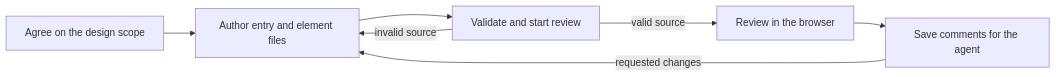
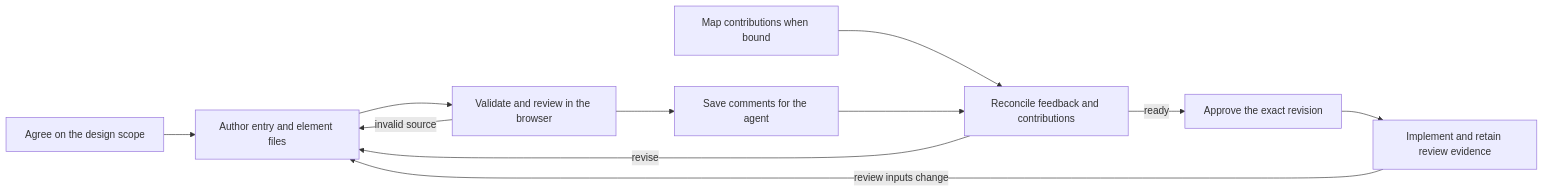
The diagram in skills/design-doc/SKILL.md (ac8318740/acstack), drawn with Mermaid before and after one commit. The commit also changed other lines of this file and 101 other files, not shown here.

````diff
--- a/skills/design-doc/SKILL.md
+++ b/skills/design-doc/SKILL.md
@@ -10,9 +11,13 @@
 ```mermaid
 flowchart LR
     A[Agree on the design scope] --> B[Author entry and element files]
-    B --> C[Validate and start review]
+    B --> C[Validate and review in the browser]
     C -->|invalid source| B
-    C -->|valid source| D[Review in the browser]
-    D --> E[Save comments for the agent]
-    E -->|requested changes| B
+    C --> D[Save comments for the agent]
+    M[Map contributions when bound] --> E[Reconcile feedback and contributions]
+    D --> E
+    E -->|revise| B
+    E -->|ready| F[Approve the exact revision]
+    F --> G[Implement and retain review evidence]
+    G -->|review inputs change| B
 ```
````
